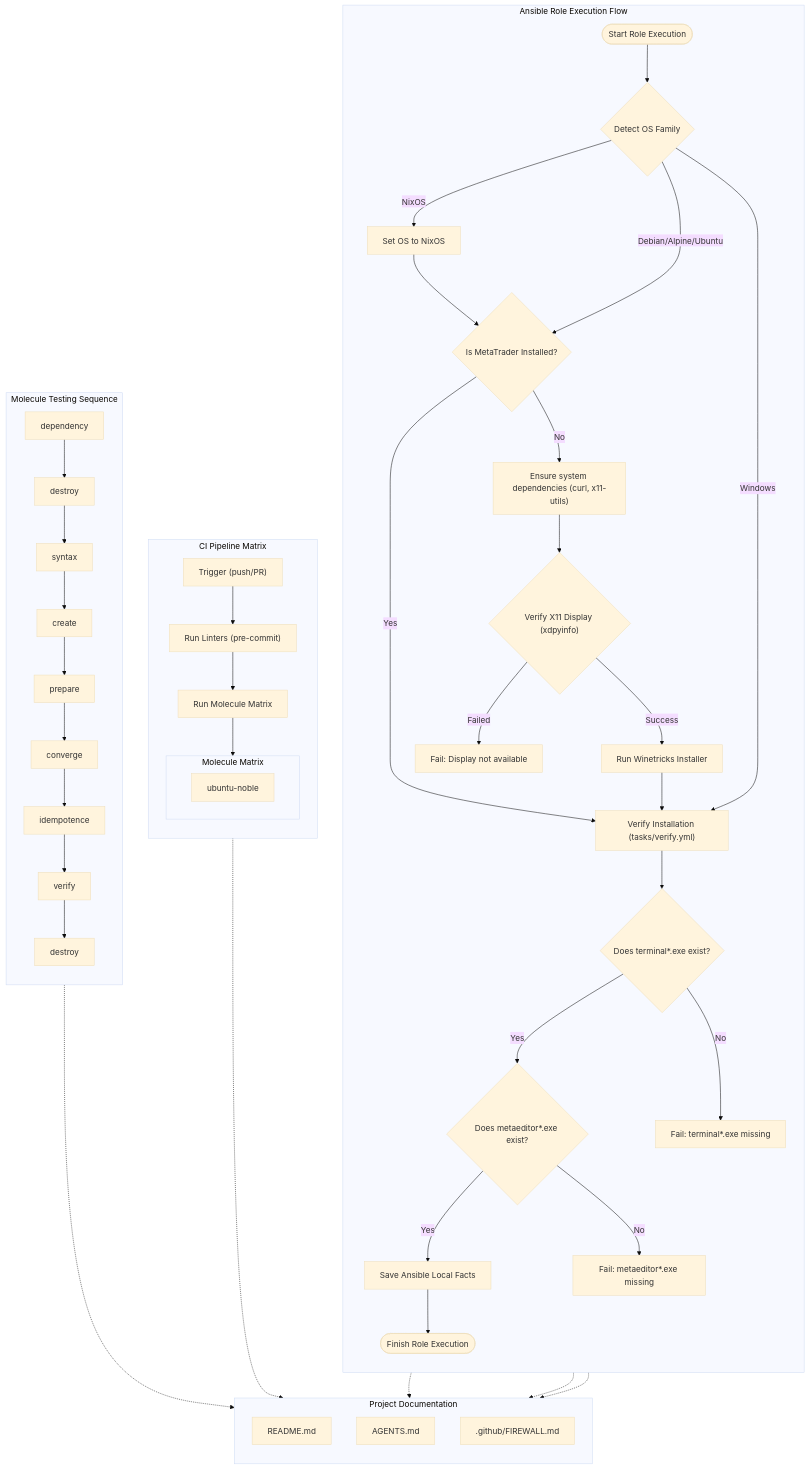
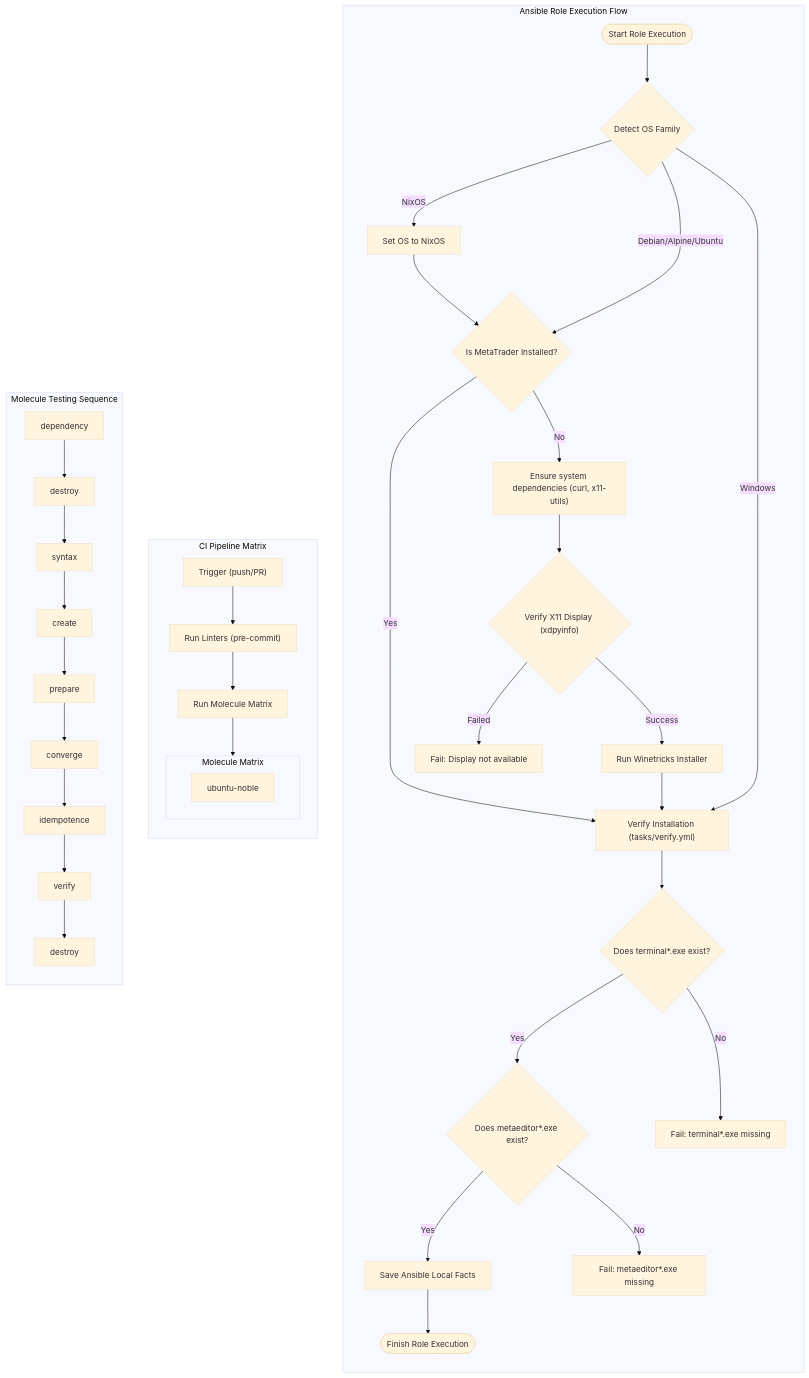
Before and after one commit to EA31337/ansible-role-metatrader: the diagram in docs/FLOWS.mmd, drawn with Mermaid (base theme). The commit also changed 2 other files, not shown here.

Commit message:
Fix AGENTS.md and Mermaid syntax.

```diff
--- a/docs/FLOWS.mmd
+++ b/docs/FLOWS.mmd
@@ -1,72 +1,53 @@
 %% docs/FLOWS.mmd
 flowchart TD
-    subgraph Documentation [Project Documentation]
-        direction TB
-        R_README[README.md]
-        R_AGENTS[AGENTS.md]
-        R_FIREWALL[.github/FIREWALL.md]
-    end
-
-    click R_README "https://github.com/EA31337/ansible-role-metatrader/blob/master/README.md"
-    click R_AGENTS "https://github.com/EA31337/ansible-role-metatrader/blob/master/AGENTS.md"
-    click R_FIREWALL "https://github.com/EA31337/ansible-role-metatrader/blob/master/.github/FIREWALL.md"
-
     subgraph Ansible_Role_Execution [Ansible Role Execution Flow]
         direction TB
         A([Start Role Execution]) --> B{"Detect OS Family"}
 
         B -->|NixOS| C["Set OS to NixOS"]
         B -->|Debian/Alpine/Ubuntu| D{"Is MetaTrader Installed?"}
         B -->|Windows| H["Verify Installation (tasks/verify.yml)"]
 
         C --> D
 
         D -->|Yes| H
         D -->|No| E["Ensure system dependencies (curl, x11-utils)"]
         E --> F{"Verify X11 Display (xdpyinfo)"}
 
         F -->|Failed| F_ERR["Fail: Display not available"]
         F -->|Success| G["Run Winetricks Installer"]
 
         G --> H["Verify Installation (tasks/verify.yml)"]
 
         H --> I{"Does terminal*.exe exist?"}
         I -->|Yes| J{"Does metaeditor*.exe exist?"}
         I -->|No| I_ERR["Fail: terminal*.exe missing"]
 
         J -->|Yes| K["Save Ansible Local Facts"]
         J -->|No| J_ERR["Fail: metaeditor*.exe missing"]
 
         K --> L([Finish Role Execution])
-
-        A -.-> R_README
-        A -.-> R_AGENTS
-        F_ERR -.-> R_FIREWALL
     end
 
     subgraph CI_Pipeline [CI Pipeline Matrix]
         direction TB
         CI1["Trigger (push/PR)"] --> CI2["Run Linters (pre-commit)"]
         CI2 --> CI3["Run Molecule Matrix"]
         subgraph Molecule_Matrix [Molecule Matrix]
             direction LR
             CI4["ubuntu-noble"]
         end
         CI3 --> Molecule_Matrix
-
-        CI1 -.-> R_README
     end
 
     subgraph Molecule_Testing_Flow [Molecule Testing Sequence]
         direction TB
         M1["dependency"] --> M2["destroy"]
         M2 --> M3["syntax"]
         M3 --> M4["create"]
         M4 --> M5["prepare"]
         M5 --> M6["converge"]
         M6 --> M7["idempotence"]
         M7 --> M8["verify"]
         M8 --> M9["destroy"]
-
-        M1 -.-> R_README
     end
```
